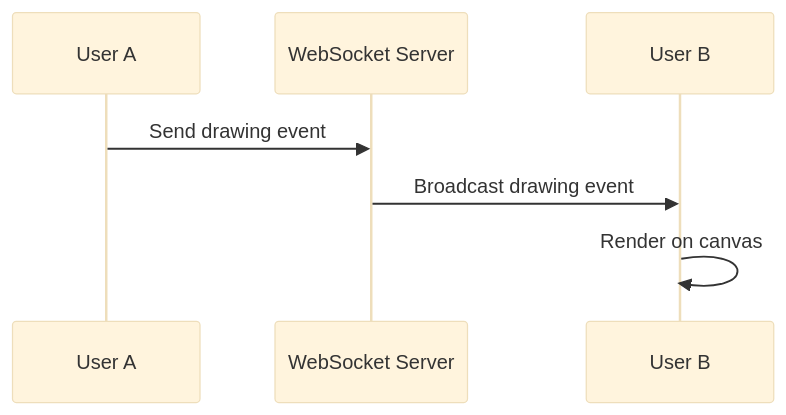
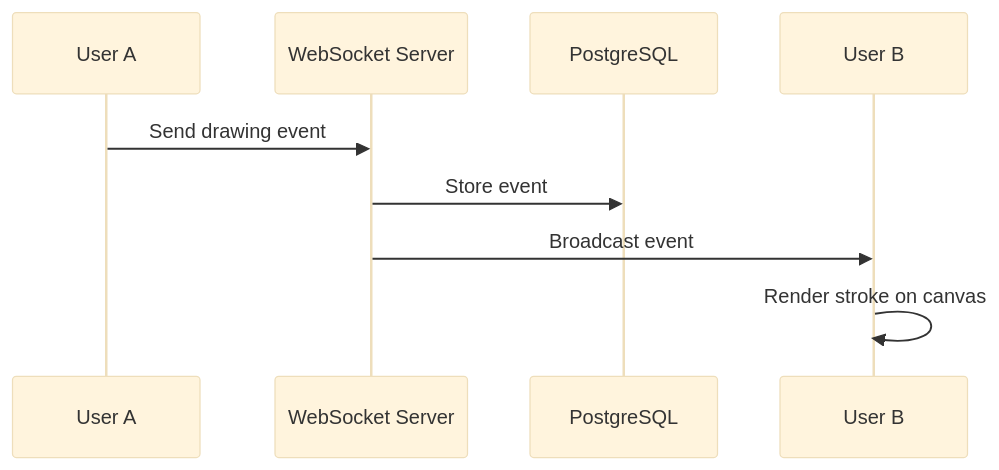
The second of 4 diagrams in README.md (PulkitSharma-Git/DrawNote), drawn with Mermaid (base theme) before and after one commit. The commit also changed other lines of this file, not shown here.

````diff
--- a/README.md
+++ b/README.md
@@ -132,11 +130,13 @@
 ```mermaid
 sequenceDiagram
 
 participant A as User A
 participant WS as WebSocket Server
+participant DB as PostgreSQL
 participant B as User B
 
 A->>WS: Send drawing event
-WS->>B: Broadcast drawing event
-B->>B: Render on canvas
+WS->>DB: Store event
+WS->>B: Broadcast event
+B->>B: Render stroke on canvas
 ```
````
